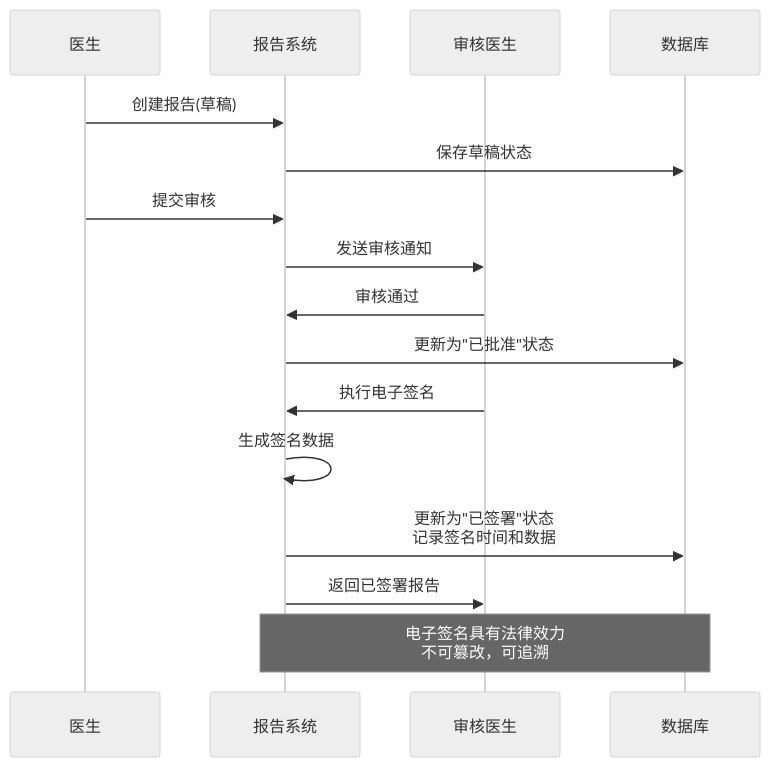
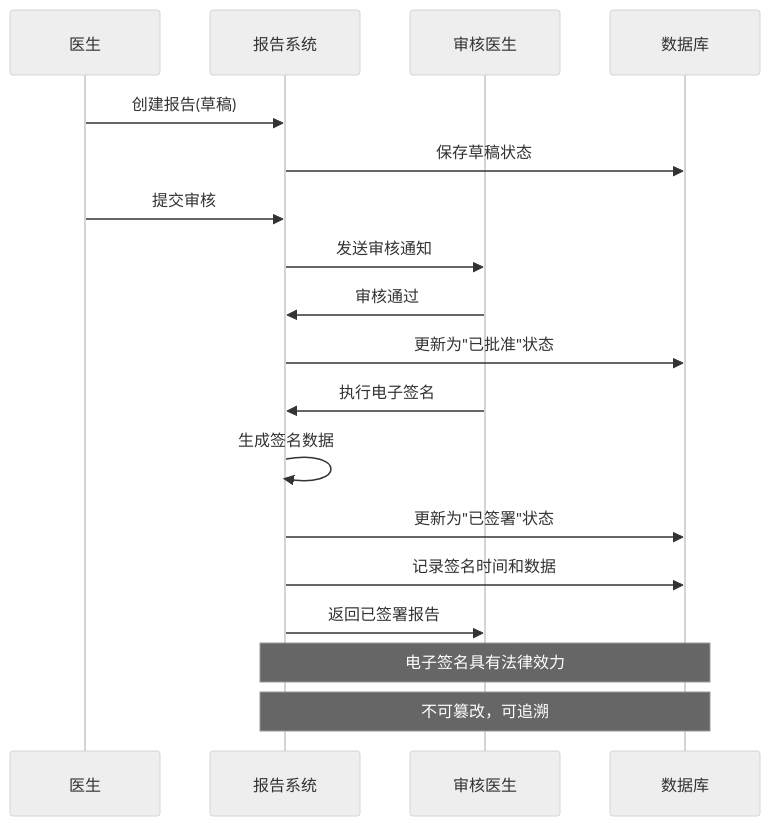
One commit to xingranya/CervixDetectAI changed the fifth of 7 diagrams in wiki/数据库设计/表结构/医疗报告表 (medical_reports).md. Above: the diagram before and after it, drawn with Mermaid (neutral theme). The commit also changed other lines of this file and 35 other files, not shown here.

First line of the commit message:
docs(readme): 优化并统一项目文档中的流程图与说明

````diff
--- a/wiki/数据库设计/表结构/医疗报告表 (medical_reports).md
+++ b/wiki/数据库设计/表结构/医疗报告表 (medical_reports).md
@@ -197,18 +188,20 @@
 ```mermaid
 sequenceDiagram
 participant 医生 as 医生
 participant 系统 as 报告系统
 participant 审核医生 as 审核医生
 participant 数据库 as 数据库
 医生->>系统 : 创建报告(草稿)
 系统->>数据库 : 保存草稿状态
 医生->>系统 : 提交审核
 系统->>审核医生 : 发送审核通知
 审核医生->>系统 : 审核通过
 系统->>数据库 : 更新为"已批准"状态
 审核医生->>系统 : 执行电子签名
 系统->>系统 : 生成签名数据
-系统->>数据库 : 更新为"已签署"状态<br/>记录签名时间和数据
+系统->>数据库 : 更新为"已签署"状态
+系统->>数据库 : 记录签名时间和数据
 系统->>审核医生 : 返回已签署报告
-Note over 系统,数据库 : 电子签名具有法律效力<br/>不可篡改，可追溯
+Note over 系统,数据库 : 电子签名具有法律效力
+Note over 系统,数据库 : 不可篡改，可追溯
 ```
````
